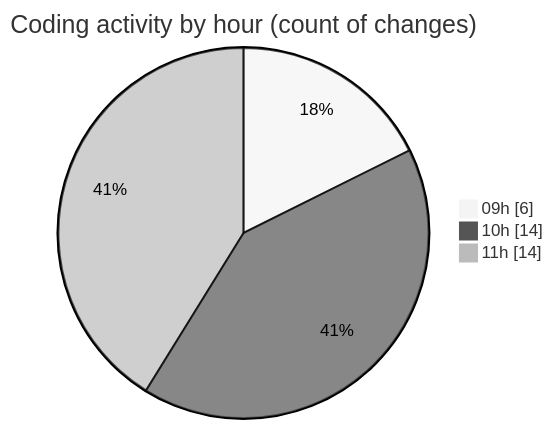
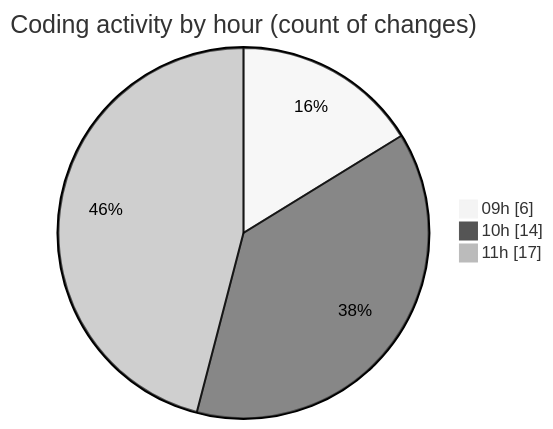
The second of 2 diagrams in 2026-02-11/cda/README.md (momahboobian/code-tracking), drawn with Mermaid (neutral theme) before and after one commit. The commit also changed other lines of this file and 1 other file, not shown here.

````diff
--- a/2026-02-11/cda/README.md
+++ b/2026-02-11/cda/README.md
@@ -31,7 +31,7 @@
 ```mermaid
 pie showData
 title Coding activity by hour (count of changes)
 "09h" : 6
 "10h" : 14
-"11h" : 14
+"11h" : 17
 ```
````
